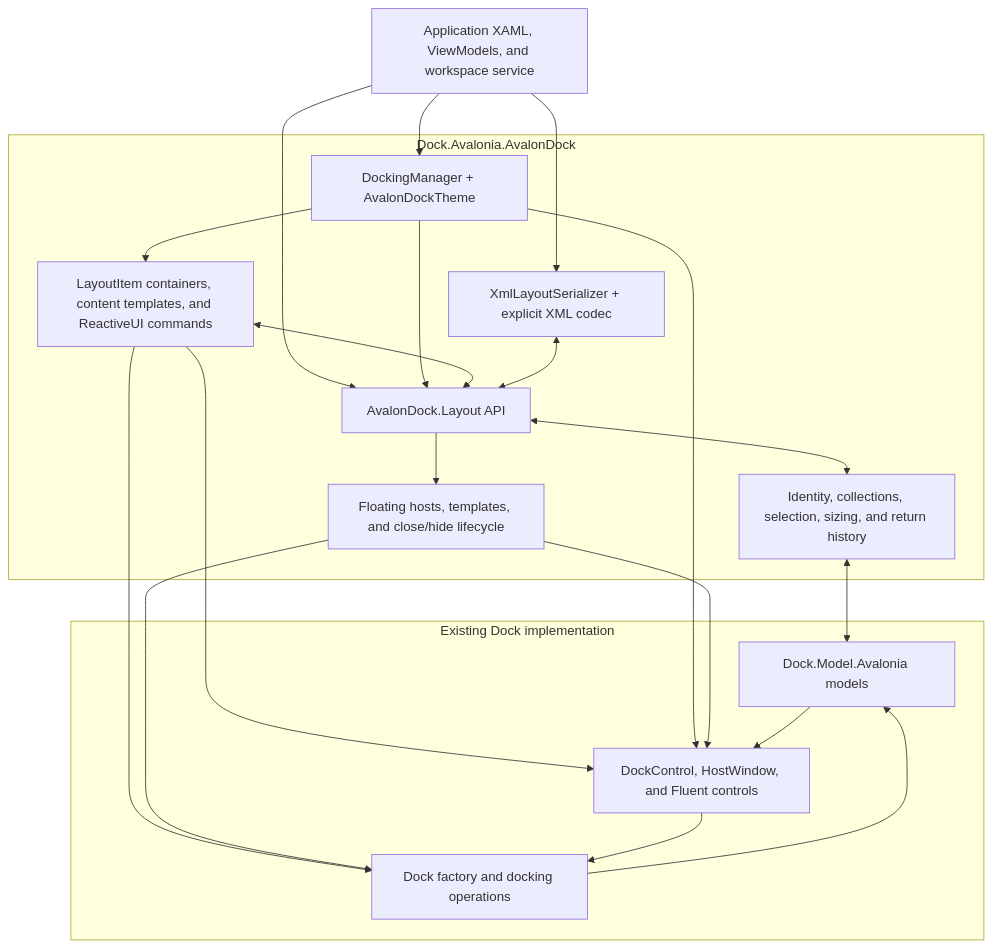
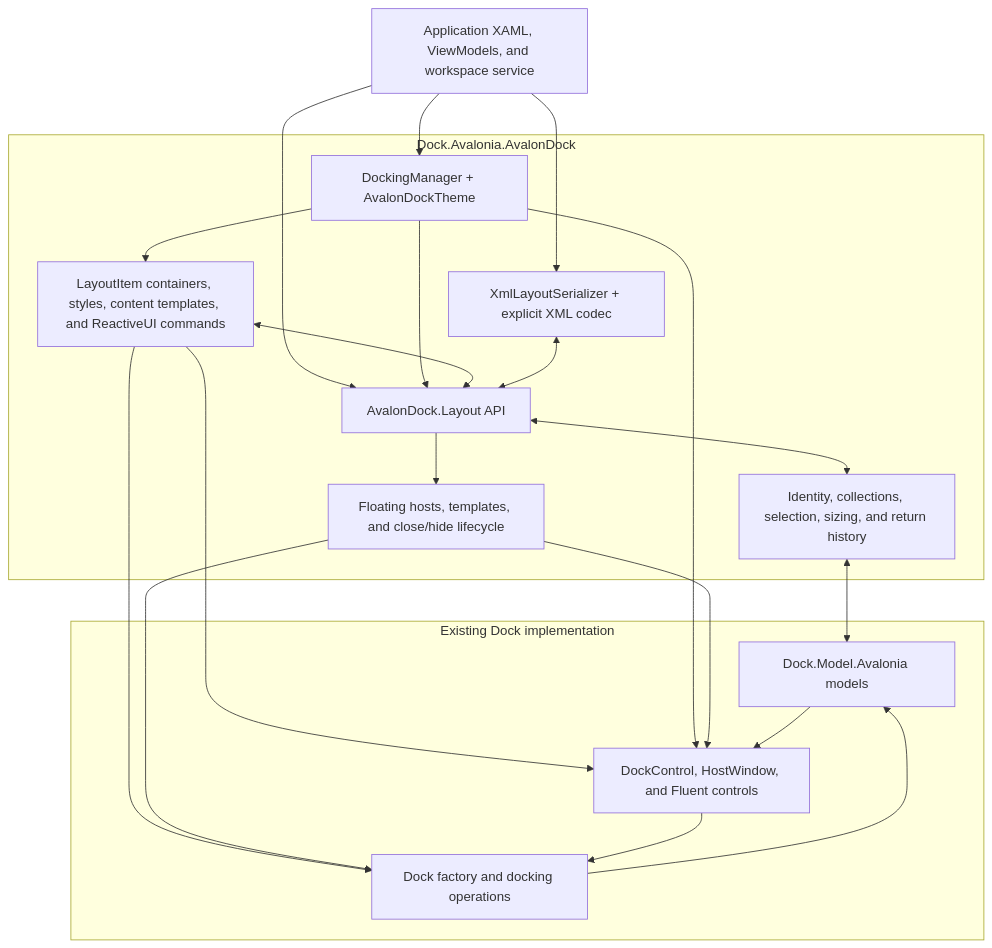
Before and after one commit to wieslawsoltes/Dock: the diagram in docfx/articles/dock-avalondock.md, drawn with Mermaid. The commit also changed other lines of this file and 17 other files, not shown here.

Commit message:
Support AvalonDock item container styles and selectors

````diff
--- a/docfx/articles/dock-avalondock.md
+++ b/docfx/articles/dock-avalondock.md
@@ -299,35 +367,35 @@
 ```mermaid
 flowchart TB
     App["Application XAML, ViewModels, and workspace service"]
     subgraph Compatibility["Dock.Avalonia.AvalonDock"]
         Manager["DockingManager + AvalonDockTheme"]
         Layout["AvalonDock.Layout API"]
-        Items["LayoutItem containers, content templates, and ReactiveUI commands"]
+        Items["LayoutItem containers, styles, content templates, and ReactiveUI commands"]
         Bridge["Identity, collections, selection, sizing, and return history"]
         Lifecycle["Floating hosts, templates, and close/hide lifecycle"]
         Xml["XmlLayoutSerializer + explicit XML codec"]
     end
     subgraph Native["Existing Dock implementation"]
         Models["Dock.Model.Avalonia models"]
         Factory["Dock factory and docking operations"]
         Controls["DockControl, HostWindow, and Fluent controls"]
     end
     App --> Manager
     App --> Layout
     App --> Xml
     Manager --> Layout
     Manager --> Items
     Items <--> Layout
     Items --> Factory
     Items --> Controls
     Manager --> Controls
     Layout <--> Bridge
     Bridge <--> Models
     Layout --> Lifecycle
     Lifecycle --> Factory
     Lifecycle --> Controls
     Controls --> Factory
     Factory --> Models
     Models --> Controls
     Xml <--> Layout
 ```
````
